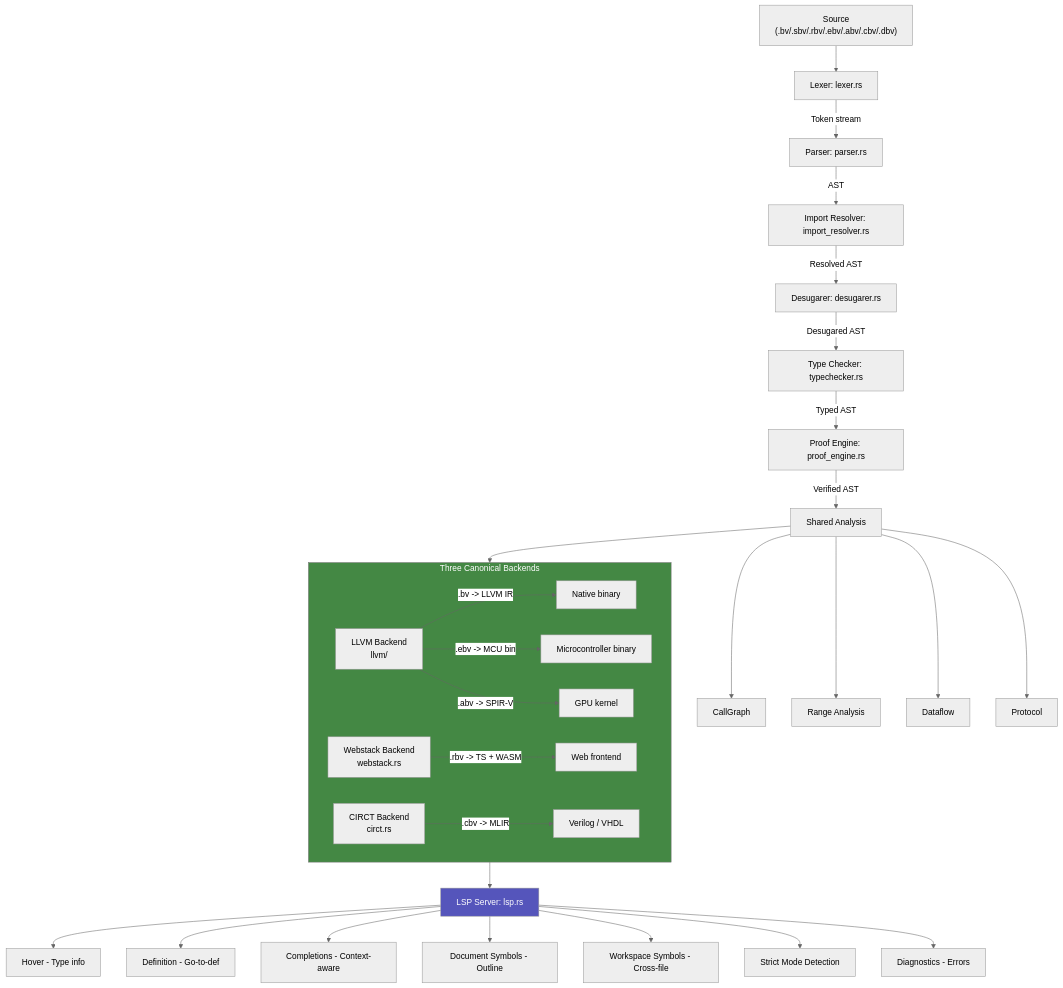
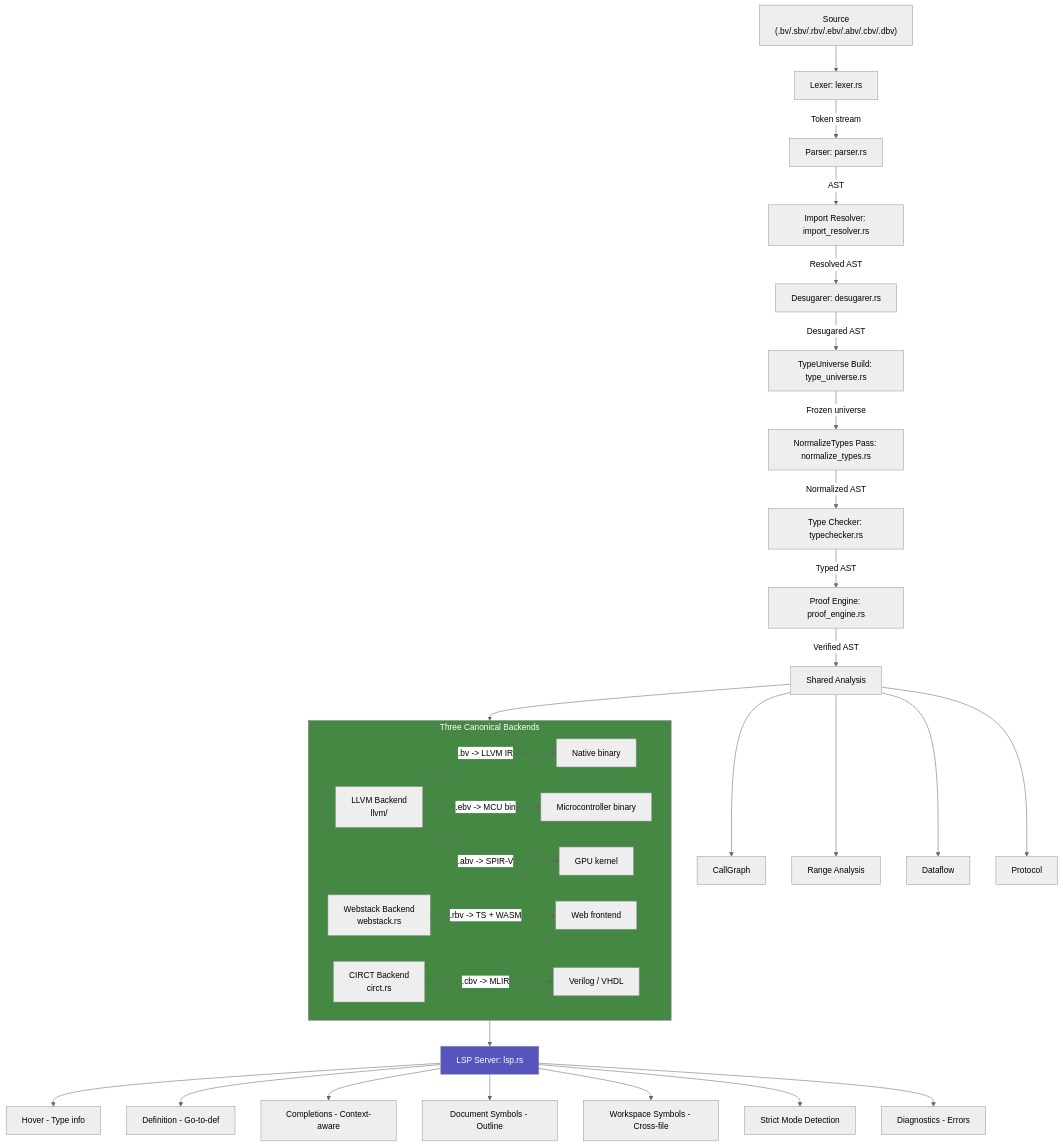
One commit to Randozart/brief-lang changed the diagram in README.md. Above: the diagram before and after it, drawn with Mermaid (neutral theme). The commit also changed other lines of this file and 4 other files, not shown here.

````diff
--- a/README.md
+++ b/README.md
@@ -265,43 +265,45 @@
 ```mermaid
 graph TD
     S["Source<br>(.bv/.sbv/.rbv/.ebv/.abv/.cbv/.dbv)"] --> Lex[Lexer: lexer.rs]
     Lex -->|Token stream| Par[Parser: parser.rs]
     Par -->|AST| Imp[Import Resolver: import_resolver.rs]
     Imp -->|Resolved AST| Des[Desugarer: desugarer.rs]
-    Des -->|Desugared AST| TC[Type Checker: typechecker.rs]
+    Des -->|Desugared AST| UB[TypeUniverse Build: type_universe.rs]
+    UB -->|Frozen universe| NT[NormalizeTypes Pass: normalize_types.rs]
+    NT -->|Normalized AST| TC[Type Checker: typechecker.rs]
     TC -->|Typed AST| PE[Proof Engine: proof_engine.rs]
     PE -->|Verified AST| SA[Shared Analysis]
 
     SA --> CA[CallGraph]
     SA --> RA[Range Analysis]
     SA --> DA[Dataflow]
     SA --> PR[Protocol]
 
     SA --> Backends[Three Canonical Backends]
 
     subgraph Backends[Three Canonical Backends]
         LLVM[LLVM Backend<br>llvm/]
         Web[Webstack Backend<br>webstack.rs]
         CIRCT[CIRCT Backend<br>circt.rs]
 
         LLVM -->|.bv -> LLVM IR| Native[Native binary]
         LLVM -->|.ebv -> MCU bin| MCU[Microcontroller binary]
         LLVM -->|.abv -> SPIR-V| GPU[GPU kernel]
 
         Web -->|.rbv -> TS + WASM| WebApp[Web frontend]
         CIRCT -->|.cbv -> MLIR| HDL["Verilog / VHDL"]
     end
 
     Backends --> LSP[LSP Server: lsp.rs]
 
     LSP --> Hover[Hover - Type info]
     LSP --> Def[Definition - Go-to-def]
     LSP --> Comp[Completions - Context-aware]
     LSP --> Sym[Document Symbols - Outline]
     LSP --> WsSym[Workspace Symbols - Cross-file]
     LSP --> Strict[Strict Mode Detection]
     LSP --> Diag[Diagnostics - Errors]
 
     style LSP fill:#55b,color:#fff
     style Backends fill:#484,color:#fff
 ```
````
